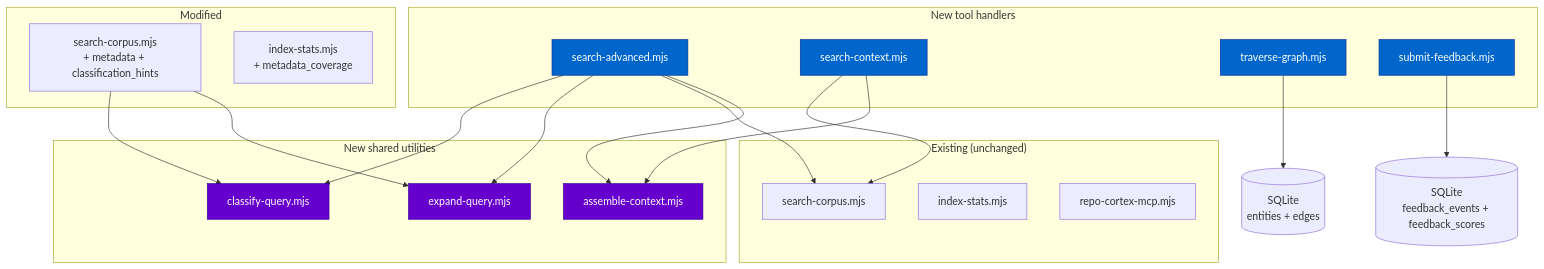
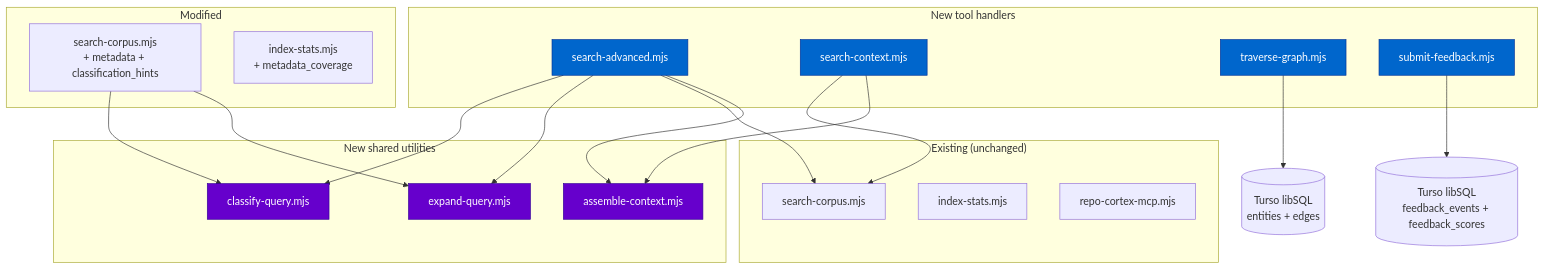
The second of 2 diagrams in rag_architecture/cortex-mcp-tool-extensions.md (reicek/NeatapticTS), drawn with Mermaid before and after one commit. The commit also changed other lines of this file and 1216 other files, not shown here.

Commit message:
Repo cortex advanced rag architecture (#50)

````diff
--- a/rag_architecture/cortex-mcp-tool-extensions.md
+++ b/rag_architecture/cortex-mcp-tool-extensions.md
@@ -920,45 +922,45 @@
 ```mermaid
 flowchart TD
     subgraph "Existing (unchanged)"
         SC[search-corpus.mjs]
         IS[index-stats.mjs]
         RC[repo-cortex-mcp.mjs]
     end
 
     subgraph "New shared utilities"
         CQ[classify-query.mjs]
         EQ[expand-query.mjs]
         AC[assemble-context.mjs]
     end
 
     subgraph "New tool handlers"
         SA[search-advanced.mjs]
         SCTX[search-context.mjs]
         TG[traverse-graph.mjs]
         SF[submit-feedback.mjs]
     end
 
     subgraph "Modified"
         SC_EXT[search-corpus.mjs<br/>+ metadata + classification_hints]
         IS_EXT[index-stats.mjs<br/>+ metadata_coverage]
     end
 
     SA --> CQ
     SA --> EQ
     SA --> SC
     SA --> AC
     SCTX --> SC
     SCTX --> AC
     SC_EXT --> CQ
     SC_EXT --> EQ
-    TG --> DB[(SQLite<br/>entities + edges)]
-    SF --> DB2[(SQLite<br/>feedback_events + feedback_scores)]
+    TG --> DB[(Turso libSQL<br/>entities + edges)]
+    SF --> DB2[(Turso libSQL<br/>feedback_events + feedback_scores)]
 
     style SA fill:#0066cc,stroke:#003399,color:#fff
     style SCTX fill:#0066cc,stroke:#003399,color:#fff
     style TG fill:#0066cc,stroke:#003399,color:#fff
     style SF fill:#0066cc,stroke:#003399,color:#fff
     style CQ fill:#6600cc,stroke:#330099,color:#fff
     style EQ fill:#6600cc,stroke:#330099,color:#fff
     style AC fill:#6600cc,stroke:#330099,color:#fff
 ```
````
